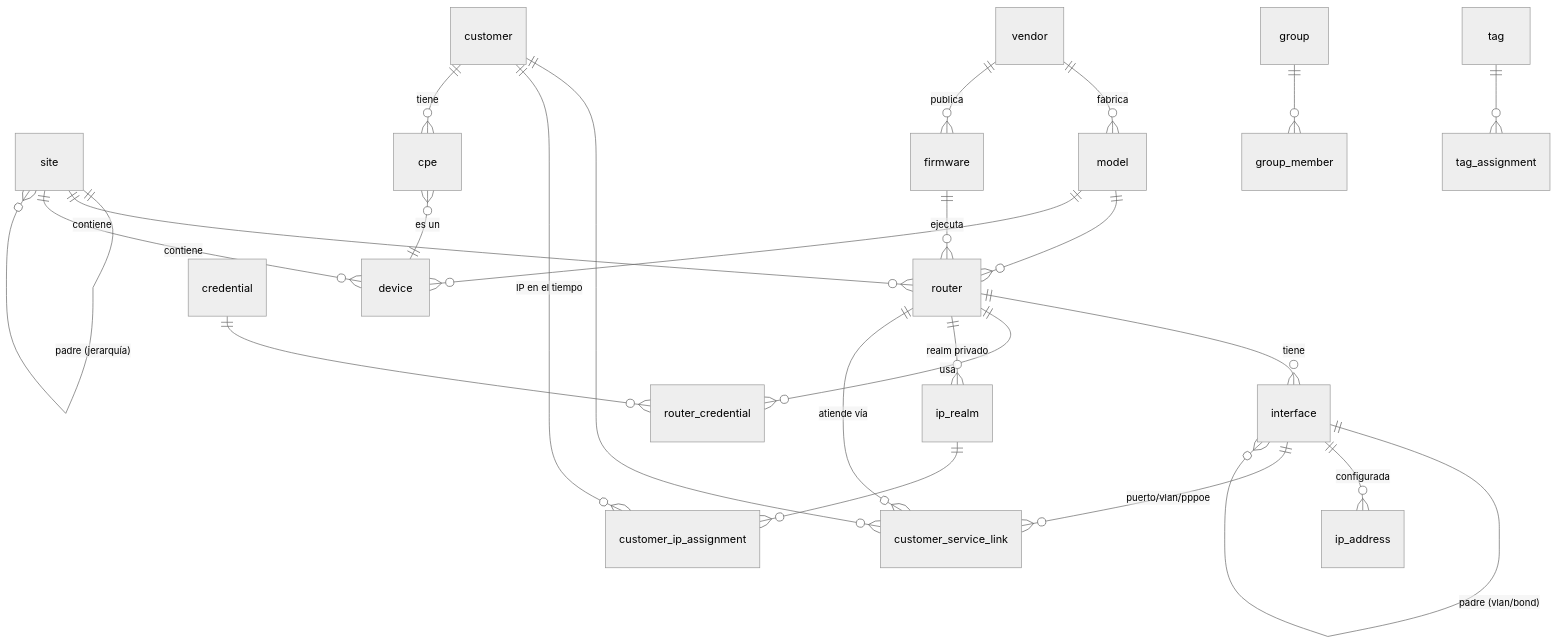
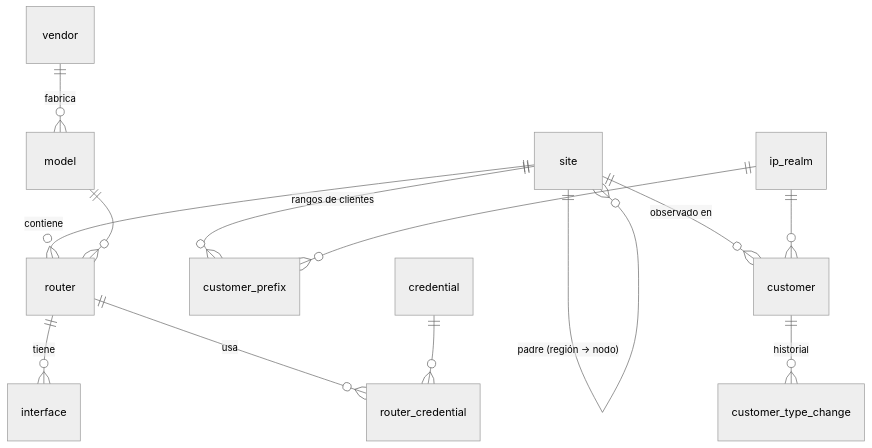
One commit to HCDestroyer/horus-flow changed the second of 4 diagrams in docs/database.md. Above: the diagram before and after it, drawn with Mermaid (neutral theme). The commit also changed other lines of this file and 12 other files, not shown here.

````diff
--- a/docs/database.md
+++ b/docs/database.md
@@ -152,26 +204,15 @@
 ```mermaid
 erDiagram
-  site ||--o{ site : "padre (jerarquía)"
+  site ||--o{ site : "padre (región → nodo)"
   site ||--o{ router : contiene
-  site ||--o{ device : contiene
+  site ||--o{ customer_prefix : "rangos de clientes"
+  site ||--o{ customer : "observado en"
   vendor ||--o{ model : fabrica
   model ||--o{ router : ""
-  model ||--o{ device : ""
-  vendor ||--o{ firmware : publica
-  firmware ||--o{ router : "ejecuta"
   router ||--o{ interface : tiene
-  interface ||--o{ interface : "padre (vlan/bond)"
-  interface ||--o{ ip_address : configurada
   router ||--o{ router_credential : usa
   credential ||--o{ router_credential : ""
-  router ||--o{ ip_realm : "realm privado"
-  ip_realm ||--o{ customer_ip_assignment : ""
-  customer ||--o{ customer_service_link : ""
-  customer ||--o{ customer_ip_assignment : "IP en el tiempo"
-  customer ||--o{ cpe : tiene
-  cpe }o--|| device : "es un"
-  router ||--o{ customer_service_link : "atiende vía"
-  interface ||--o{ customer_service_link : "puerto/vlan/pppoe"
-  group ||--o{ group_member : ""
-  tag ||--o{ tag_assignment : ""
+  ip_realm ||--o{ customer_prefix : ""
+  ip_realm ||--o{ customer : ""
+  customer ||--o{ customer_type_change : historial
 ```
````
